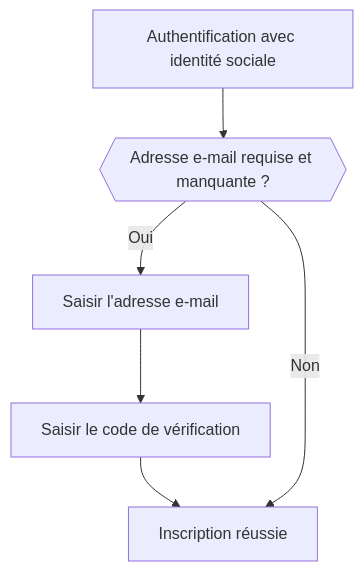
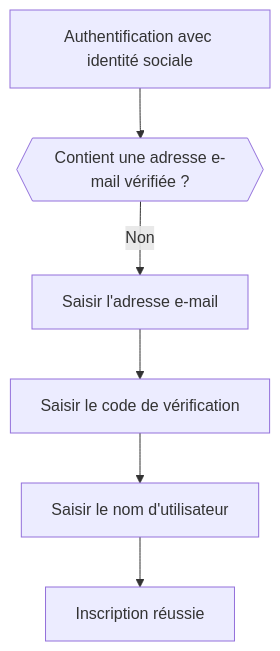
Before and after one commit to logto-io/docs: the fifth of 6 diagrams in i18n/fr/docusaurus-plugin-content-docs/current/end-user-flows/sign-up-and-sign-in/social-sign-in.mdx, drawn with Mermaid. The commit also changed other lines of this file and 407 other files, not shown here.

````diff
--- a/i18n/fr/docusaurus-plugin-content-docs/current/end-user-flows/sign-up-and-sign-in/social-sign-in.mdx
+++ b/i18n/fr/docusaurus-plugin-content-docs/current/end-user-flows/sign-up-and-sign-in/social-sign-in.mdx
@@ -139,8 +146,8 @@
    ```mermaid
    flowchart TD
-      A[Authentification avec identité sociale] --> B{{Adresse e-mail requise et manquante ?}}
-      B -- Oui --> C[Saisir l'adresse e-mail]
+      A[Authentification avec identité sociale] --> B{{Contient une adresse e-mail vérifiée ?}}
+      B -- Non --> C[Saisir l'adresse e-mail]
       C --> D[Saisir le code de vérification]
-      D --> E[Inscription réussie]
-      B -- Non --> E
+      D --> E[Saisir le nom d'utilisateur]
+      E --> F[Inscription réussie]
    ```
````
